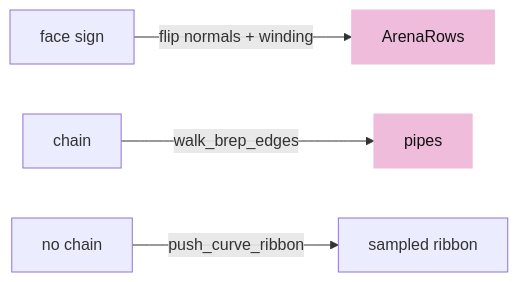
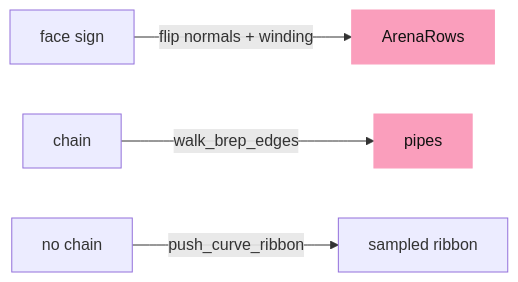
The ninth of 10 diagrams in session_viewer/docs/07-boundaries.md (petrasvestartas/session), drawn with Mermaid before and after one commit. The commit also changed other lines of this file and 328 other files, not shown here.

First line of the commit message:
Course: the palette you sent, and mermaid drawn like the drawings

````diff
--- a/session_viewer/docs/07-boundaries.md
+++ b/session_viewer/docs/07-boundaries.md
@@ -259,8 +259,8 @@
 ```mermaid
 flowchart LR
     S["face sign"] -- "flip normals + winding" --> A["ArenaRows"]
     C["chain"] -- "walk_brep_edges" --> P["pipes"]
     N["no chain"] -- "push_curve_ribbon" --> R["sampled ribbon"]
-    style A fill:#f0bcdb,stroke:#f0bcdb,color:#111
-    style P fill:#f0bcdb,stroke:#f0bcdb,color:#111
+    style A fill:#fa9ebc,stroke:#fa9ebc,color:#111
+    style P fill:#fa9ebc,stroke:#fa9ebc,color:#111
 ```
````
